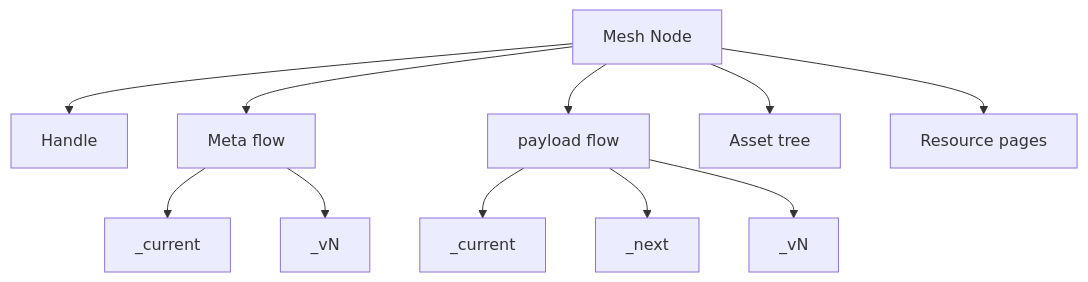
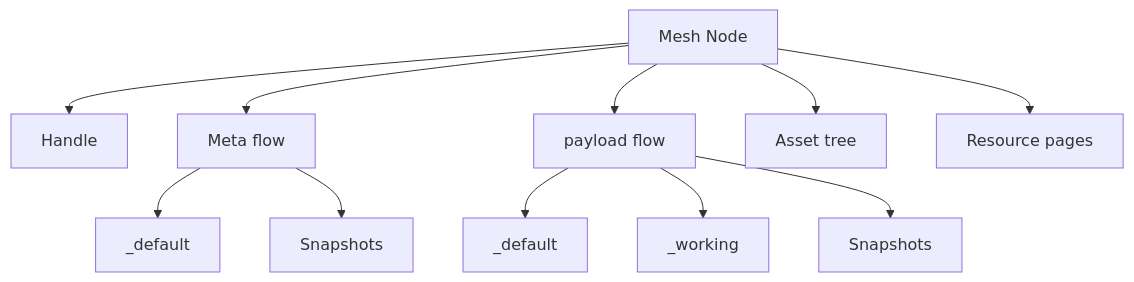
One commit to semantic-flow/sflo changed the diagram in docs/data/notes/concept-summary.md. Above: the diagram before and after it, drawn with Mermaid. The commit also changed other lines of this file and 778 other files, not shown here.

````diff
--- a/docs/data/notes/concept-summary.md
+++ b/docs/data/notes/concept-summary.md
@@ -190,14 +190,14 @@
 ```mermaid
 graph TD
   A[Mesh Node] --> B[Handle]
   A --> C[Meta flow]
   A --> E[payload flow]
   A --> G[Asset tree]
   A --> H[Resource pages]
 
-  C --> C1[_current]
-  C --> C2[_vN]
-  E --> E1[_current]
-  E --> E2[_next]
-  E --> E3[_vN]
+  C --> C1[_default]
+  C --> C2[Snapshots]
+  E --> E1[_default]
+  E --> E2[_working]
+  E --> E3[Snapshots]
 ```
````
